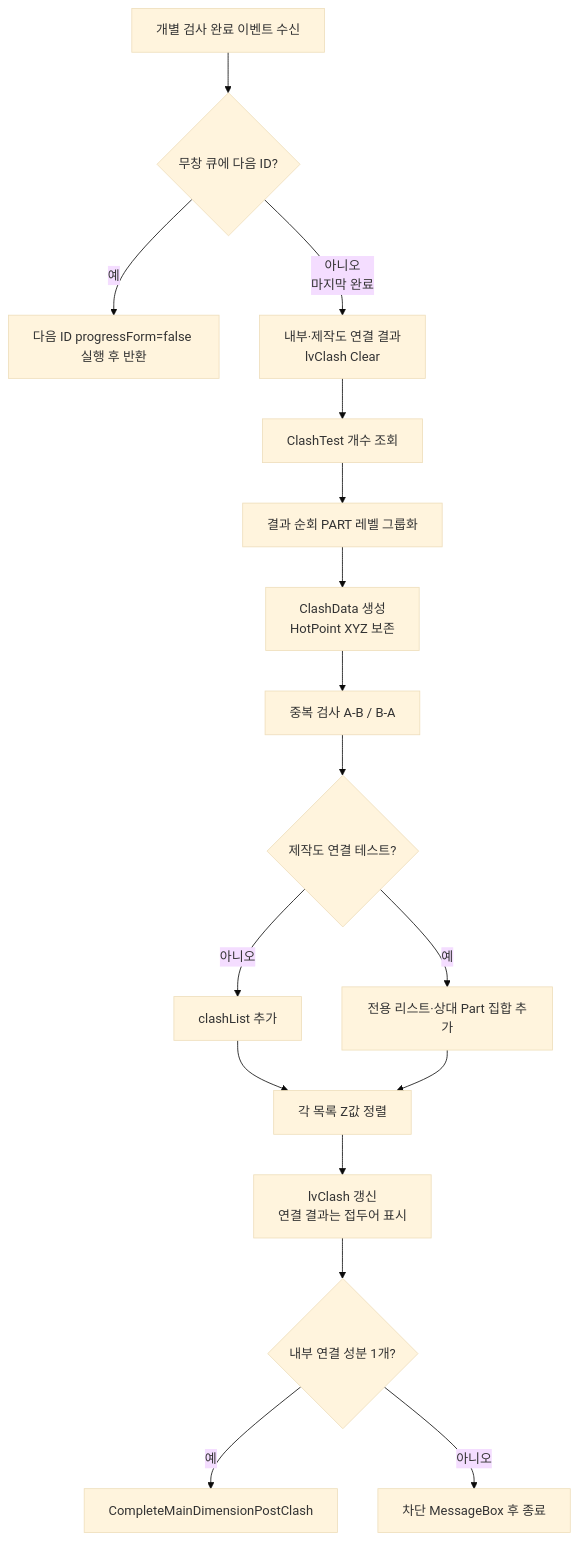
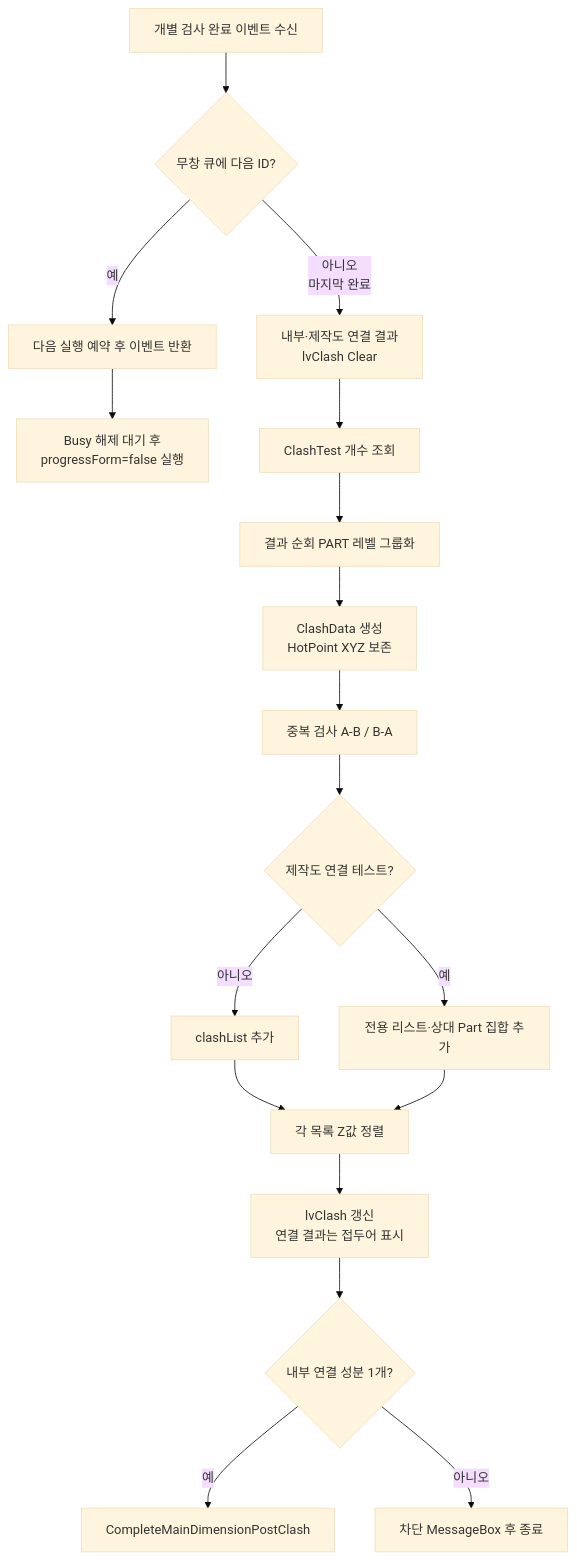
The diagram in docs/기능/간섭검사/간섭검사 완료 이벤트.md (uuuuj/a2z), drawn with Mermaid (base theme) before and after one commit. The commit also changed other lines of this file and 5 other files, not shown here.

````diff
--- a/docs/기능/간섭검사/간섭검사 완료 이벤트.md
+++ b/docs/기능/간섭검사/간섭검사 완료 이벤트.md
@@ -29,19 +29,20 @@
 ```mermaid
 flowchart TD
     A[개별 검사 완료 이벤트 수신] --> A1{무창 큐에 다음 ID?}
-    A1 -- 예 --> A2[다음 ID progressForm=false 실행 후 반환]
+    A1 -- 예 --> A2[다음 실행 예약 후 이벤트 반환]
+    A2 --> A3[Busy 해제 대기 후<br/>progressForm=false 실행]
     A1 -- 아니오<br/>마지막 완료 --> B[내부·제작도 연결 결과<br/>lvClash Clear]
     B --> C[ClashTest 개수 조회]
     C --> D[결과 순회 PART 레벨 그룹화]
     D --> E[ClashData 생성<br/>HotPoint XYZ 보존]
     E --> F[중복 검사 A-B / B-A]
     F --> G{제작도 연결 테스트?}
     G -- 아니오 --> H[clashList 추가]
     G -- 예 --> I[전용 리스트·상대 Part 집합 추가]
     H --> J[각 목록 Z값 정렬]
     I --> J
     J --> K[lvClash 갱신<br/>연결 결과는 접두어 표시]
     K --> L{내부 연결 성분 1개?}
     L -- 예 --> M[CompleteMainDimensionPostClash]
     L -- 아니오 --> N[차단 MessageBox 후 종료]
 ```
````
